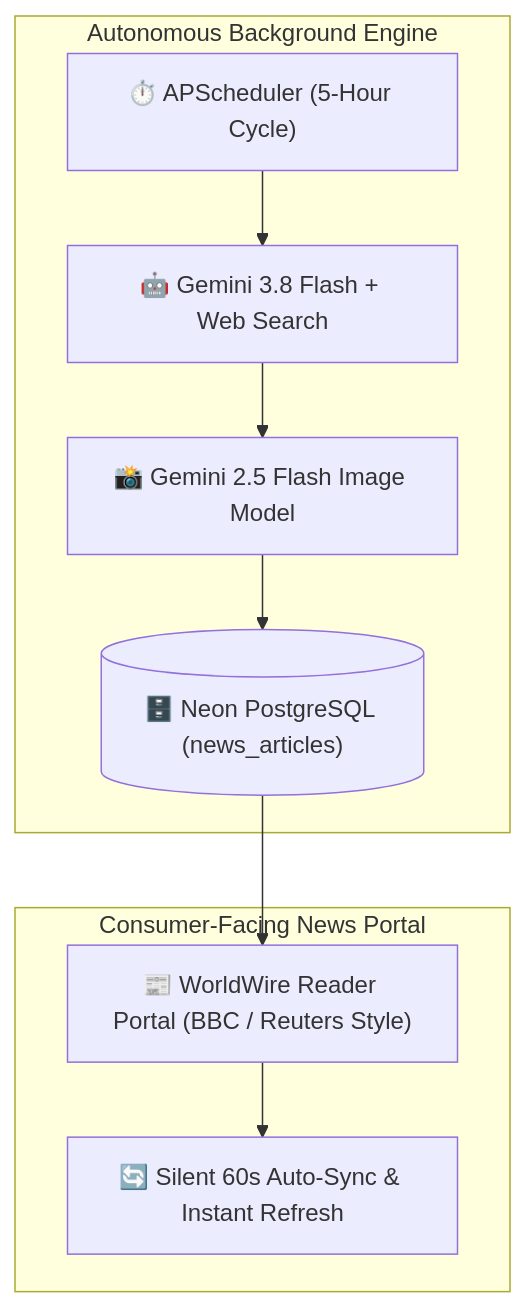
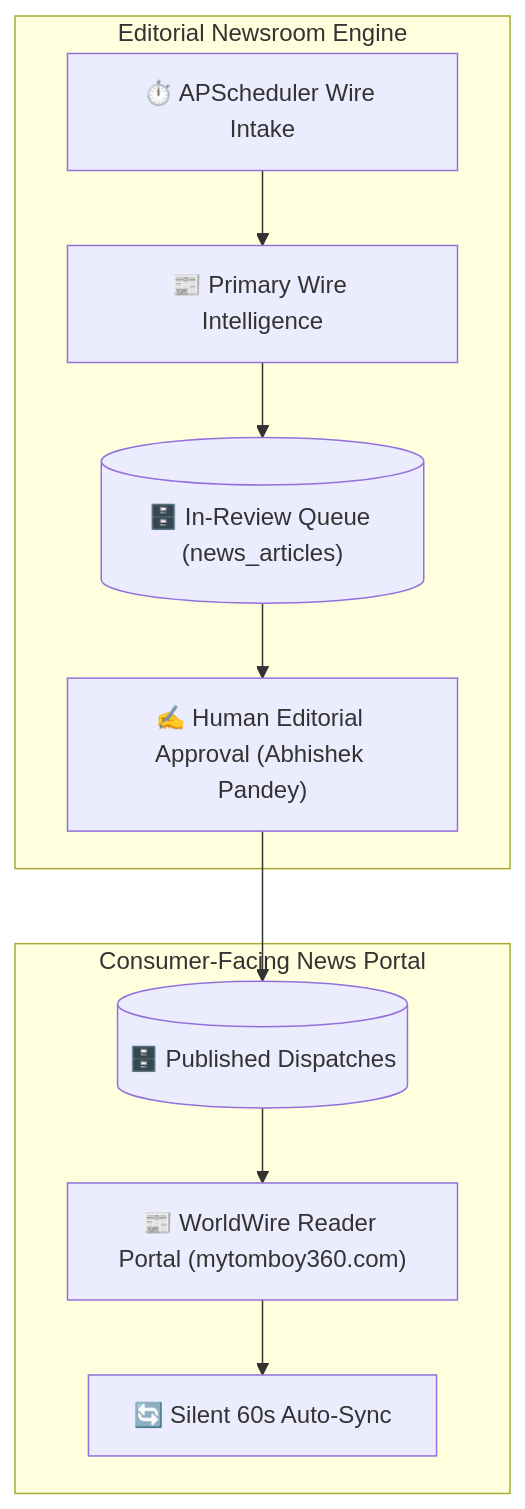
One commit to abhipandey09/WorldWire changed the diagram in README.md. Above: the diagram before and after it, drawn with Mermaid. The commit also changed other lines of this file and 8 other files, not shown here.

Commit message:
feat(editorial): implement admin review portal, human bylines, robots.txt, sitemap.xml, and eliminate autonomous wording for AdSense compliance

````diff
--- a/README.md
+++ b/README.md
@@ -32,13 +32,14 @@
 ```mermaid
 flowchart TD
-    subgraph Autonomous Background Engine
-        SCHED["⏱️ APScheduler (5-Hour Cycle)"] --> AGENT["🤖 Gemini 3.8 Flash + Web Search"]
-        AGENT --> IMG["📸 Gemini 2.5 Flash Image Model"]
-        IMG --> DB[("🗄️ Neon PostgreSQL (news_articles)")]
+    subgraph Editorial Newsroom Engine
+        SCHED["⏱️ APScheduler Wire Intake"] --> AGENT["📰 Primary Wire Intelligence"]
+        AGENT --> QUEUE[("🗄️ In-Review Queue (news_articles)")]
+        QUEUE --> ADMIN["✍️ Human Editorial Approval (Abhishek Pandey)"]
     end
 
     subgraph Consumer-Facing News Portal
-        DB --> UI["📰 WorldWire Reader Portal (BBC / Reuters Style)"]
-        UI --> AUTO["🔄 Silent 60s Auto-Sync & Instant Refresh"]
+        ADMIN --> PUB[("🗄️ Published Dispatches")]
+        PUB --> UI["📰 WorldWire Reader Portal (mytomboy360.com)"]
+        UI --> AUTO["🔄 Silent 60s Auto-Sync"]
     end
 ```
````
